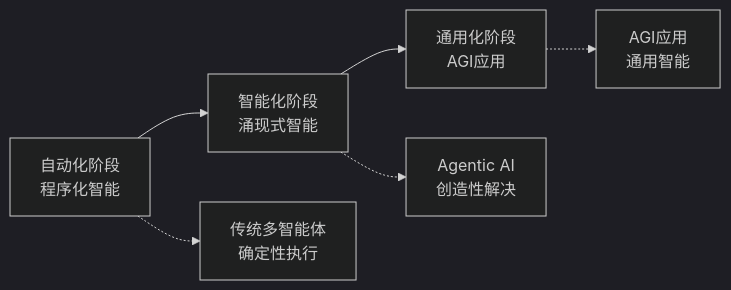
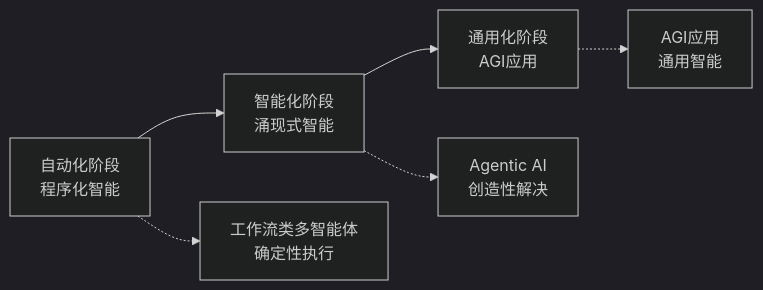
One commit to youyoude/agi-app-dev-guide-book changed the first of 19 diagrams in 前言部分/Agentic_AI：通向AGI应用的关键前站与智能涌现之路.md. Above: the diagram before and after it, drawn with Mermaid (dark theme). The commit also changed other lines of this file, not shown here.

````diff
--- a/前言部分/Agentic_AI：通向AGI应用的关键前站与智能涌现之路.md
+++ b/前言部分/Agentic_AI：通向AGI应用的关键前站与智能涌现之路.md
@@ -24,9 +24,9 @@
 ```mermaid
 graph LR
     A[自动化阶段<br/>程序化智能] --> B[智能化阶段<br/>涌现式智能]
     B --> C[通用化阶段<br/>AGI应用]
     
-    A -.-> A1[传统多智能体<br/>确定性执行]
+    A -.-> A1[工作流类多智能体<br/>确定性执行]
     B -.-> B1[Agentic AI<br/>创造性解决]
     C -.-> C1[AGI应用<br/>通用智能]
 ```
````
